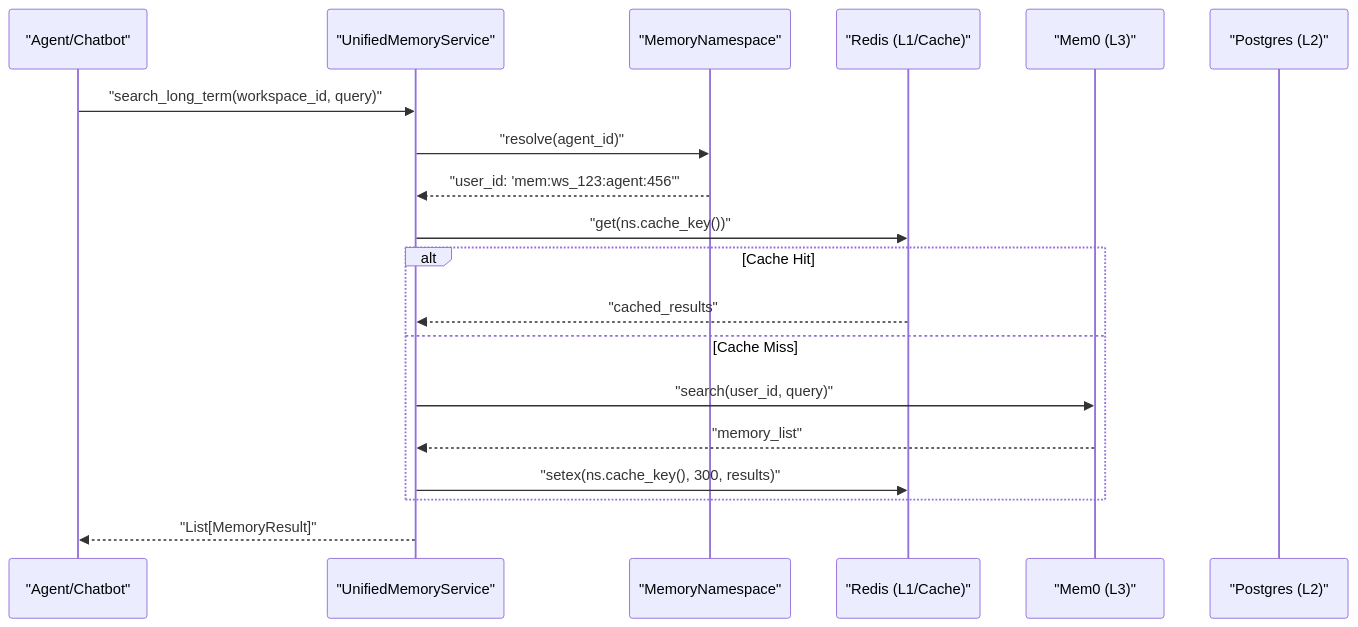
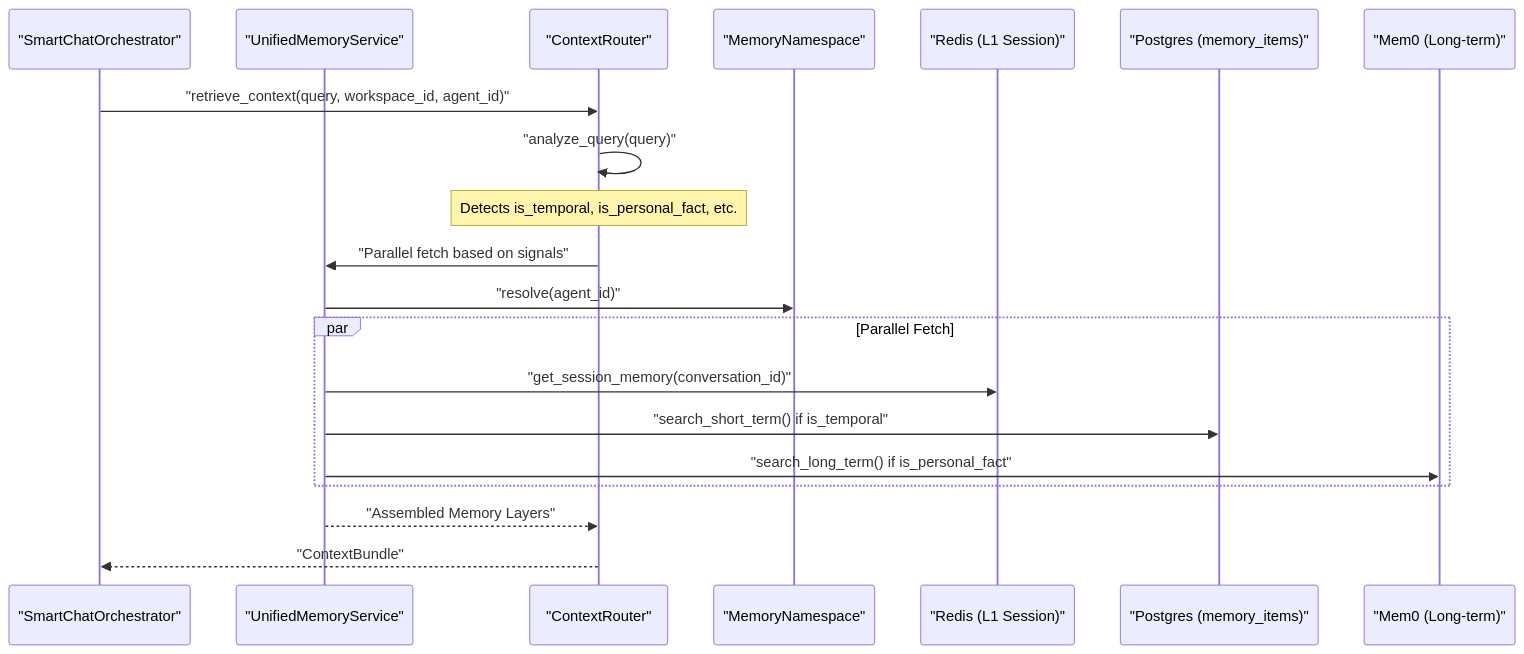
The first of 2 diagrams in docs/memory-system/memory-api-reference.md (AutomatosAI/automatos-ai), drawn with Mermaid before and after one commit. The commit also changed other lines of this file and 153 other files, not shown here.

````diff
--- a/docs/memory-system/memory-api-reference.md
+++ b/docs/memory-system/memory-api-reference.md
@@ -162,24 +133,25 @@
 ```mermaid
 sequenceDiagram
-    participant App as "Agent/Chatbot"
+    participant App as "SmartChatOrchestrator"
     participant UMS as "UnifiedMemoryService"
+    participant CR as "ContextRouter"
     participant NS as "MemoryNamespace"
-    participant Redis as "Redis (L1/Cache)"
-    participant Mem0 as "Mem0 (L3)"
-    participant DB as "Postgres (L2)"
+    participant L1 as "Redis (L1 Session)"
+    participant L2 as "Postgres (memory_items)"
+    participant L3 as "Mem0 (Long-term)"
 
-    App->>UMS: "search_long_term(workspace_id, query)"
+    App->>CR: "retrieve_context(query, workspace_id, agent_id)"
+    CR->>CR: "analyze_query(query)"
+    Note over CR: Detects is_temporal, is_personal_fact, etc.
+    CR->>UMS: "Parallel fetch based on signals"
     UMS->>NS: "resolve(agent_id)"
-    NS-->>UMS: "user_id: 'mem:ws_123:agent:456'"
     
-    UMS->>Redis: "get(ns.cache_key())"
-    alt Cache Hit
-        Redis-->>UMS: "cached_results"
-    else Cache Miss
-        UMS->>Mem0: "search(user_id, query)"
-        Mem0-->>UMS: "memory_list"
-        UMS->>Redis: "setex(ns.cache_key(), 300, results)"
+    par Parallel Fetch
+        UMS->>L1: "get_session_memory(conversation_id)"
+        UMS->>L2: "search_short_term() if is_temporal"
+        UMS->>L3: "search_long_term() if is_personal_fact"
     end
     
-    UMS-->>App: "List[MemoryResult]"
+    UMS-->>CR: "Assembled Memory Layers"
+    CR-->>App: "ContextBundle"
 ```
````
